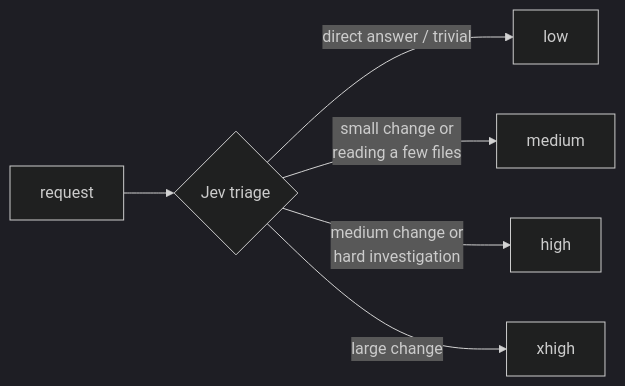
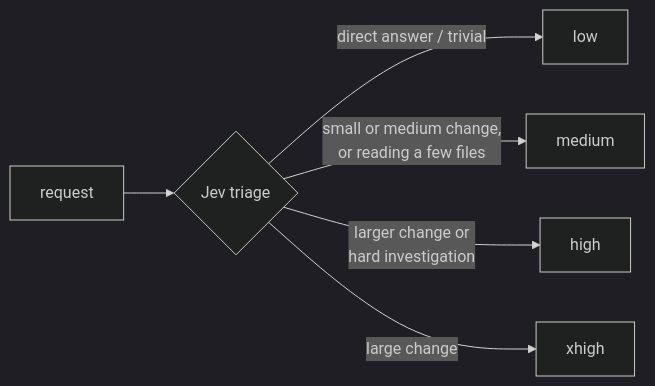
Before and after one commit to Civalski/claujev: the second of 2 diagrams in README.md, drawn with Mermaid (dark theme). The commit also changed other lines of this file and 9 other files, not shown here.

````diff
--- a/README.md
+++ b/README.md
@@ -112,8 +112,8 @@
 ```mermaid
 flowchart LR
     P["request"] --> J{"Jev triage"}
     J -->|"direct answer / trivial"| L["low"]
-    J -->|"small change or<br/>reading a few files"| M["medium"]
-    J -->|"medium change or<br/>hard investigation"| H["high"]
+    J -->|"small or medium change,<br/>or reading a few files"| M["medium"]
+    J -->|"larger change or<br/>hard investigation"| H["high"]
     J -->|"large change"| X["xhigh"]
 ```
````
